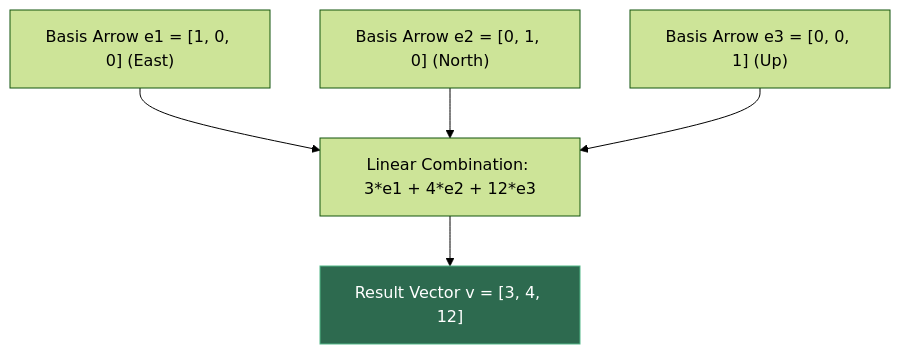
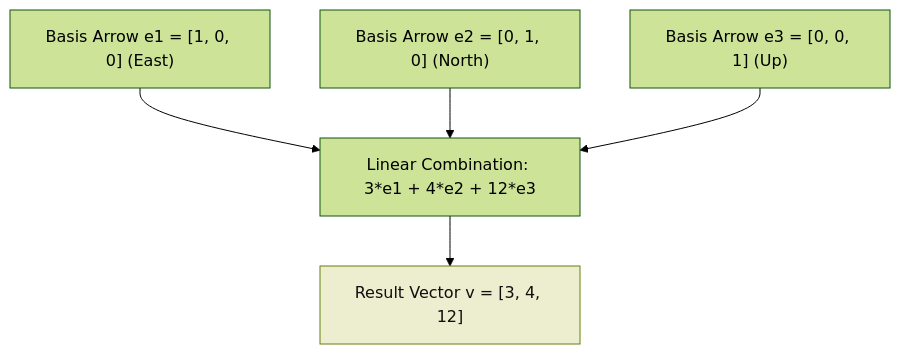
Before and after one commit to madhankumar-chiluveri/ai-ml-course: the first of 8 diagrams in course-path/phase-1-math-foundations/01_vectors_vector_spaces_norms.md, drawn with Mermaid (forest theme). The commit also changed other lines of this file and 41 other files, not shown here.

````diff
--- a/course-path/phase-1-math-foundations/01_vectors_vector_spaces_norms.md
+++ b/course-path/phase-1-math-foundations/01_vectors_vector_spaces_norms.md
@@ -56,9 +56,9 @@
 ```mermaid
 flowchart TD
     B1["Basis Arrow e1 = [1, 0, 0] (East)"] --> COMP["Linear Combination: 3*e1 + 4*e2 + 12*e3"]
     B2["Basis Arrow e2 = [0, 1, 0] (North)"] --> COMP
     B3["Basis Arrow e3 = [0, 0, 1] (Up)"] --> COMP
     COMP --> VEC["Result Vector v = [3, 4, 12]"]
-
-    style VEC fill:#2d6a4f,stroke:#52b788,color:#fff
+    class VEC ok
+    classDef ok fill:#EDEECF,stroke:#66800B,color:#100F0F
 ```
````
